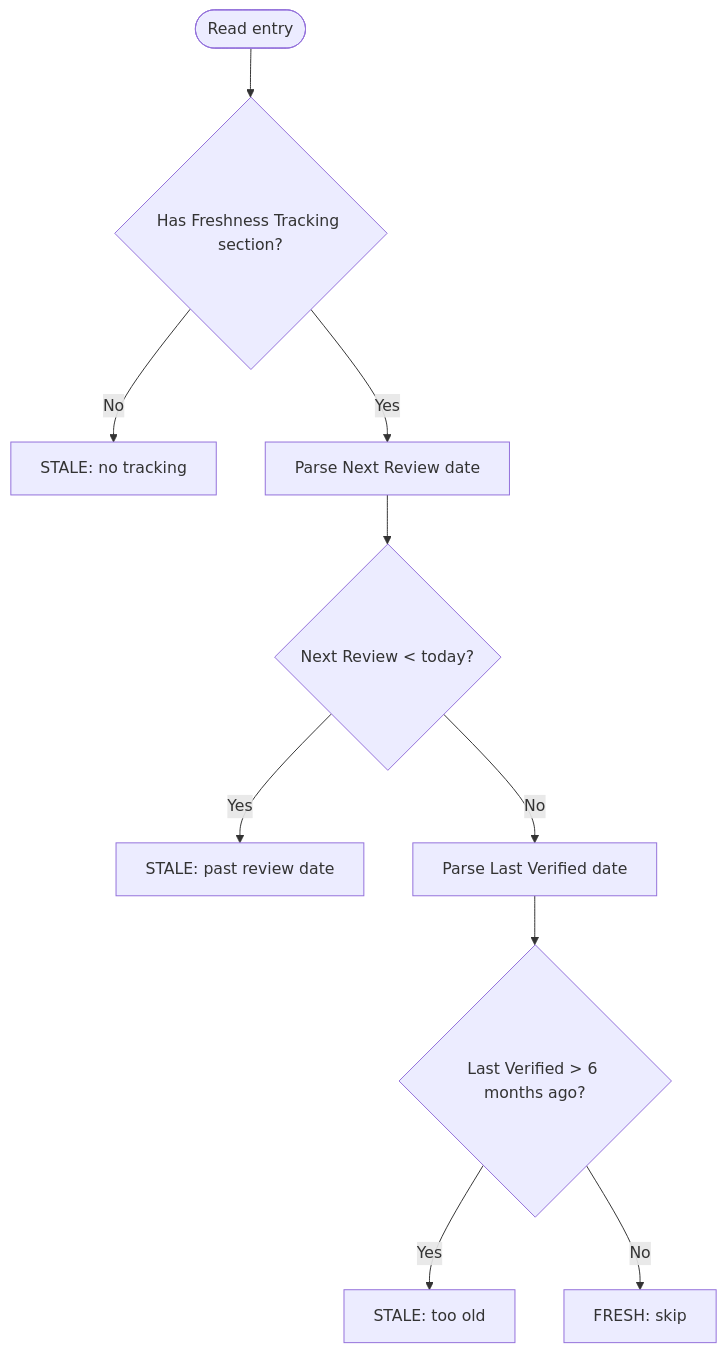
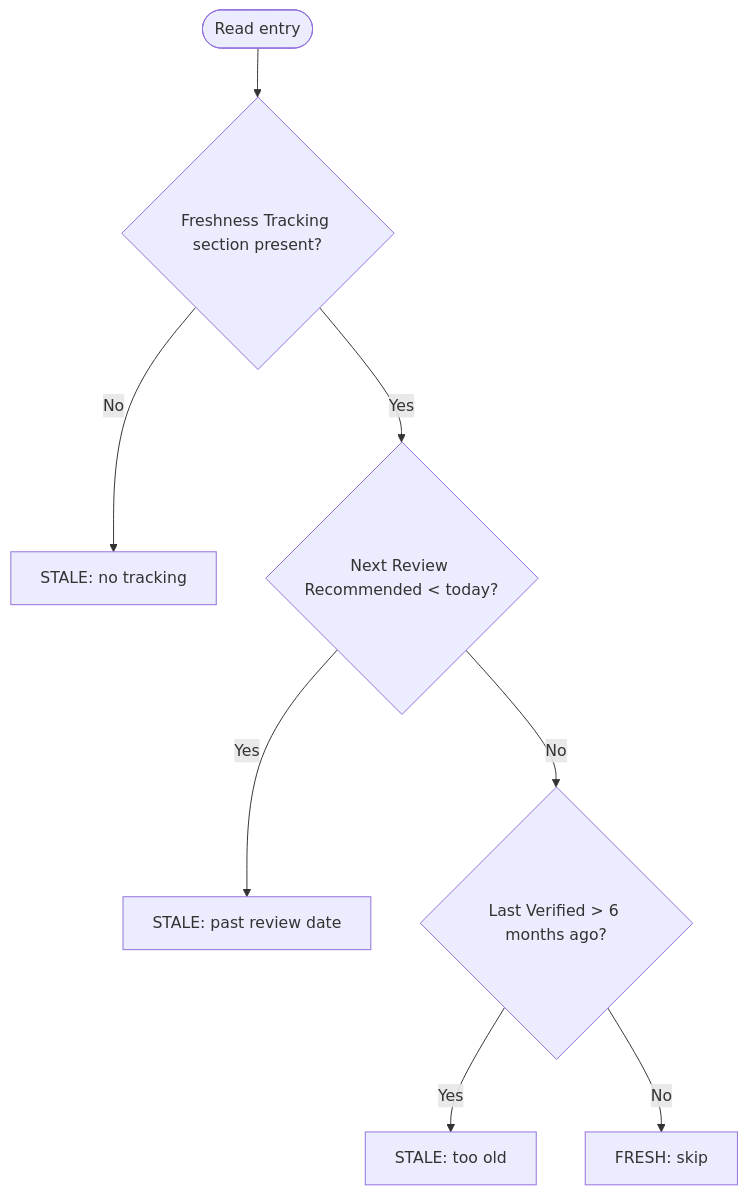
Before and after one commit to chgreer1070/claude_skills: the diagram in .claude/skills/refresh-research/SKILL.md, drawn with Mermaid. The commit also changed other lines of this file and 3 other files, not shown here.

````diff
--- a/.claude/skills/refresh-research/SKILL.md
+++ b/.claude/skills/refresh-research/SKILL.md
@@ -190,12 +26,10 @@
 ```mermaid
 flowchart TD
-    Start([Read entry]) --> HasFreshness{Has Freshness Tracking section?}
+    Start([Read entry]) --> HasFreshness{Freshness Tracking section present?}
     HasFreshness -->|No| Stale1[STALE: no tracking]
-    HasFreshness -->|Yes| ParseDate[Parse Next Review date]
-    ParseDate --> PastDue{Next Review < today?}
+    HasFreshness -->|Yes| PastDue{Next Review Recommended < today?}
     PastDue -->|Yes| Stale2[STALE: past review date]
-    PastDue -->|No| CheckAge[Parse Last Verified date]
-    CheckAge --> TooOld{Last Verified > 6 months ago?}
+    PastDue -->|No| TooOld{Last Verified > 6 months ago?}
     TooOld -->|Yes| Stale3[STALE: too old]
     TooOld -->|No| Fresh[FRESH: skip]
 ```
````
